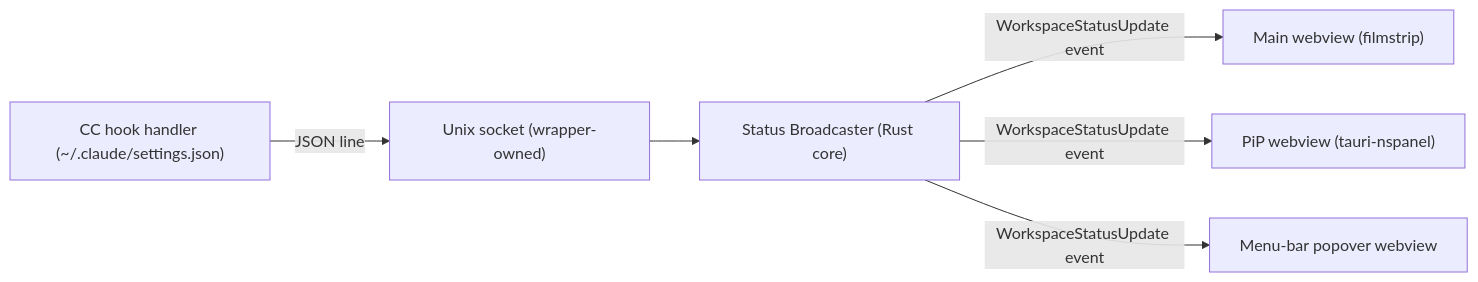
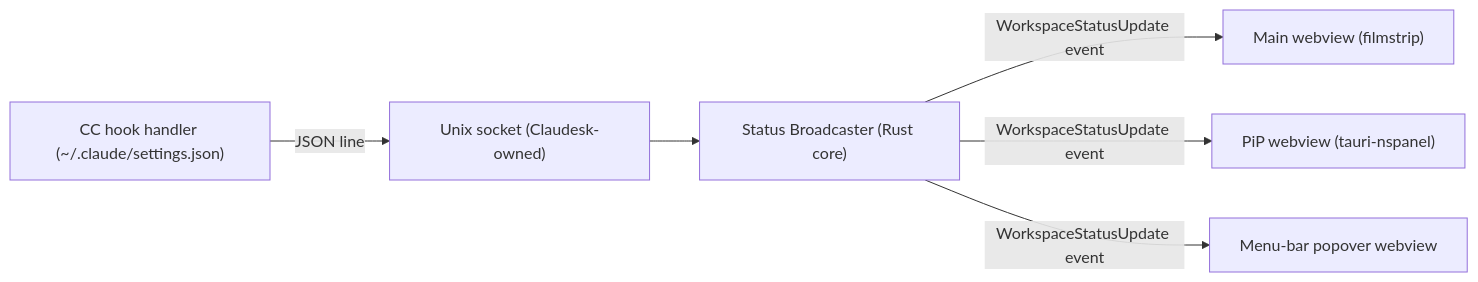
The second of 2 diagrams in docs/product/arch.md (StaymanHou/Claudesk), drawn with Mermaid before and after one commit. The commit also changed other lines of this file and 5 other files, not shown here.

````diff
--- a/docs/product/arch.md
+++ b/docs/product/arch.md
@@ -197,8 +197,8 @@
 ```mermaid
 flowchart LR
-  CcHook["CC hook handler (~/.claude/settings.json)"] -- JSON line --> UnixSocket["Unix socket (wrapper-owned)"]
+  CcHook["CC hook handler (~/.claude/settings.json)"] -- JSON line --> UnixSocket["Unix socket (Claudesk-owned)"]
   UnixSocket --> Broadcaster["Status Broadcaster (Rust core)"]
   Broadcaster -- "WorkspaceStatusUpdate event" --> MainWebview["Main webview (filmstrip)"]
   Broadcaster -- "WorkspaceStatusUpdate event" --> PiPWebview["PiP webview (tauri-nspanel)"]
   Broadcaster -- "WorkspaceStatusUpdate event" --> TrayWebview["Menu-bar popover webview"]
 ```
````
